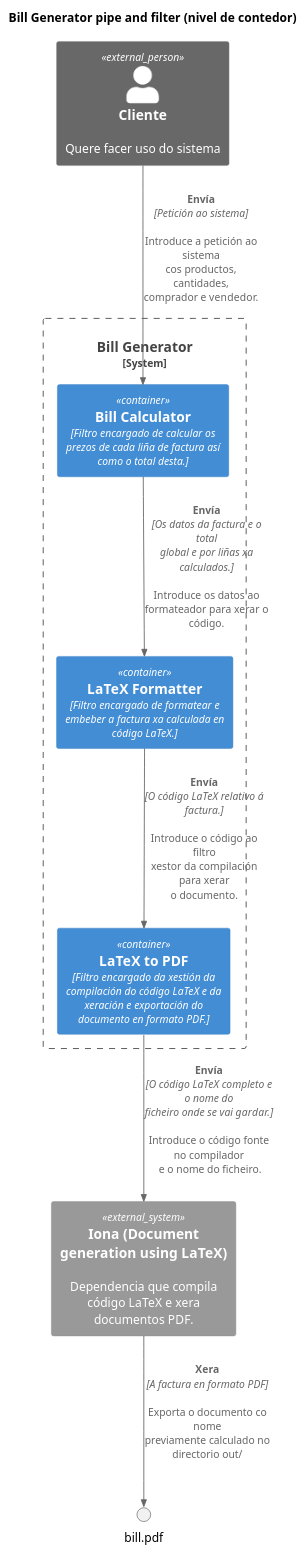
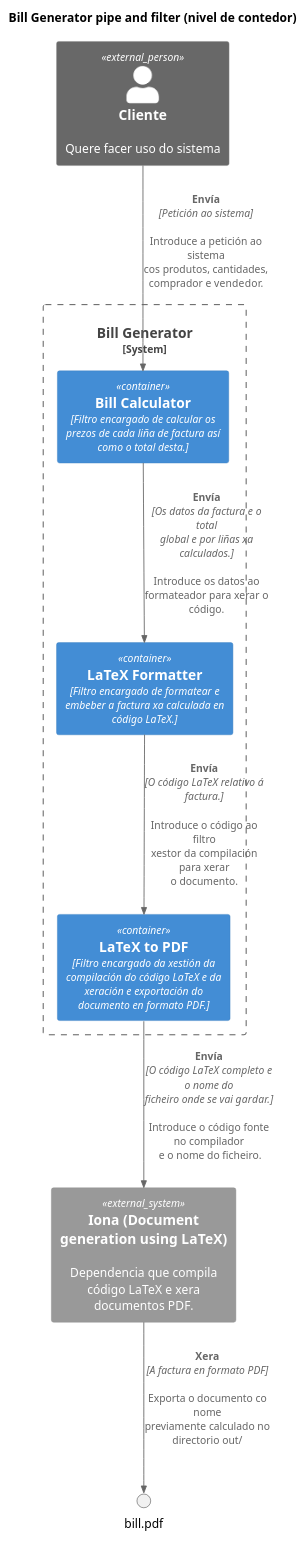
Before and after one commit to alejandrobujan/simple_bill_generator: the diagram in doc/contedor.pu, drawn with PlantUML. The commit also changed 6 other files, not shown here.

Commit message:
Updated README.md and diagrams

```diff
--- a/doc/contedor.pu
+++ b/doc/contedor.pu
@@ -1,20 +1,20 @@
 @startuml Bill Generator pipe and filter
 title Bill Generator pipe and filter (nivel de contedor)
 !include https://raw.githubusercontent.com/plantuml-stdlib/C4-PlantUML/master/C4_Container.puml
 
 Person_Ext(client, "Cliente", "Quere facer uso do sistema")
 
 System_Boundary(pipeline_system, "Bill Generator"){
     Container(bill_calculator, "Bill Calculator", "Filtro encargado de calcular os prezos de cada liña de factura así como o total desta.")
     Container(latex_formatter, "LaTeX Formatter", "Filtro encargado de formatear e embeber a factura xa calculada en código LaTeX.")
     Container(latex_to_pdf, "LaTeX to PDF", "Filtro encargado da xestión da compilación do código LaTeX e da xeración e exportación do documento en formato PDF.")
 }
 System_Ext(external_libraries, "Iona (Document generation using LaTeX)", "Dependencia que compila código LaTeX e xera documentos PDF.")
 
-Rel(client, bill_calculator, "Envía", "Petición ao sistema", "Introduce a petición ao sistema cos productos, cantidades, comprador e vendedor.")
+Rel(client, bill_calculator, "Envía", "Petición ao sistema", "Introduce a petición ao sistema cos produtos, cantidades, comprador e vendedor.")
 Rel(bill_calculator, latex_formatter, "Envía", "Os datos da factura e o total global e por liñas xa calculados.", "Introduce os datos ao formateador para xerar o código.")
 Rel(latex_formatter, latex_to_pdf, "Envía", "O código LaTeX relativo á factura.", "Introduce o código ao filtro xestor da compilación para xerar o documento.")
 Rel(latex_to_pdf, external_libraries, "Envía", "O código LaTeX completo e o nome do ficheiro onde se vai gardar.", "Introduce o código fonte no compilador\n e o nome do ficheiro.")
 Rel(external_libraries, bill.pdf, "Xera", "A factura en formato PDF", "Exporta o documento co nome previamente calculado no directorio out/")
 
 @enduml
```
